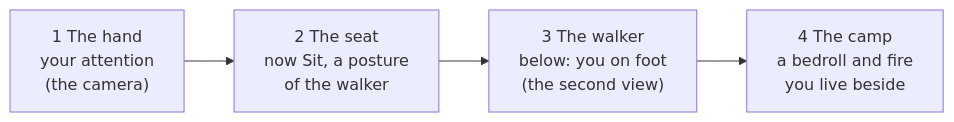
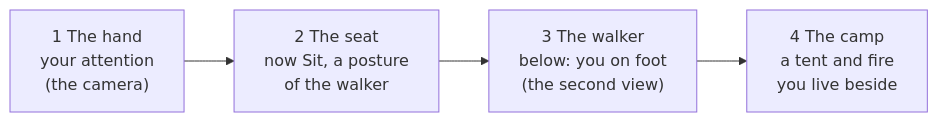
The diagram in docs/23-presence.md (mshomper/ebb), drawn with Mermaid before and after one commit. The commit also changed other lines of this file and 16 other files, not shown here.

````diff
--- a/docs/23-presence.md
+++ b/docs/23-presence.md
@@ -25,6 +25,6 @@
 ```mermaid
 flowchart LR
     H["1 The hand<br/>your attention<br/>(the camera)"] --> S["2 The seat<br/>now Sit, a posture<br/>of the walker"]
     S --> W["3 The walker<br/>below: you on foot<br/>(the second view)"]
-    W --> C["4 The camp<br/>a bedroll and fire<br/>you live beside"]
+    W --> C["4 The camp<br/>a tent and fire<br/>you live beside"]
 ```
````
